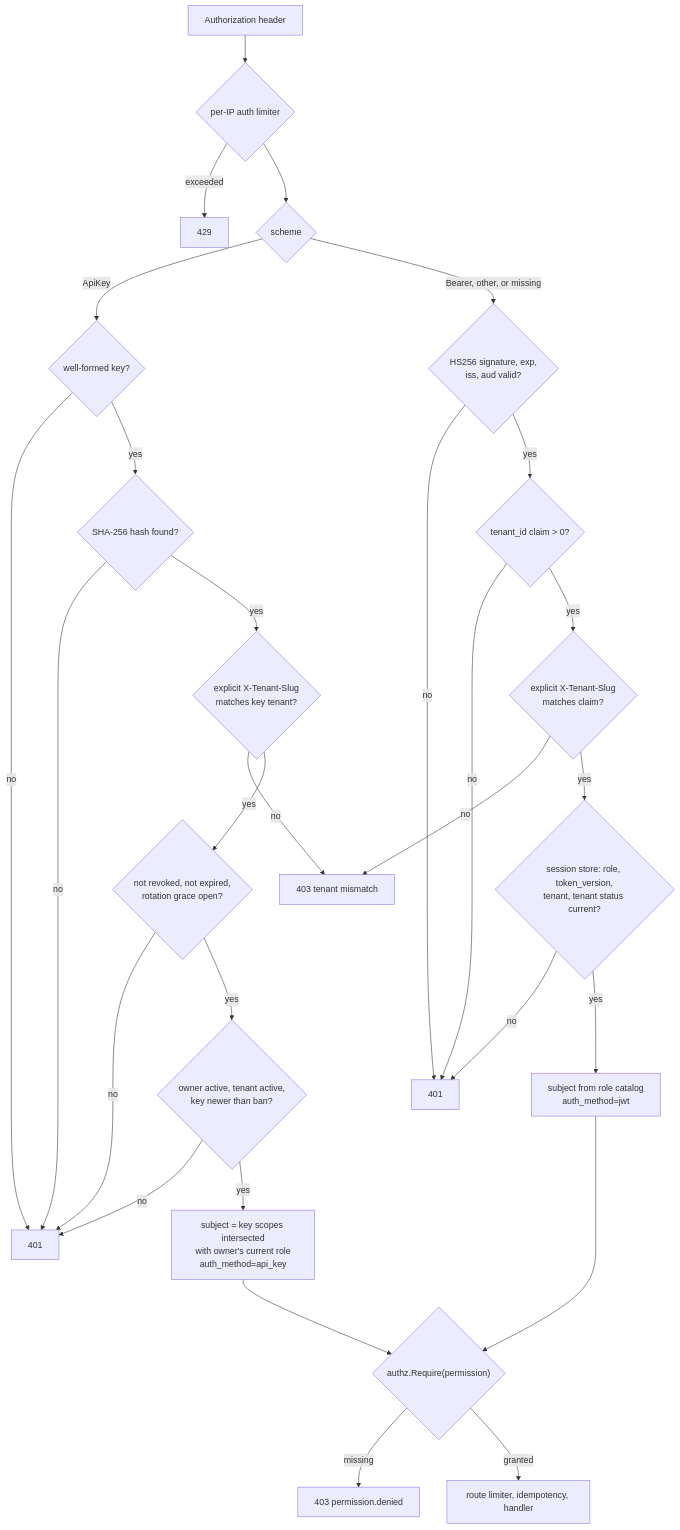
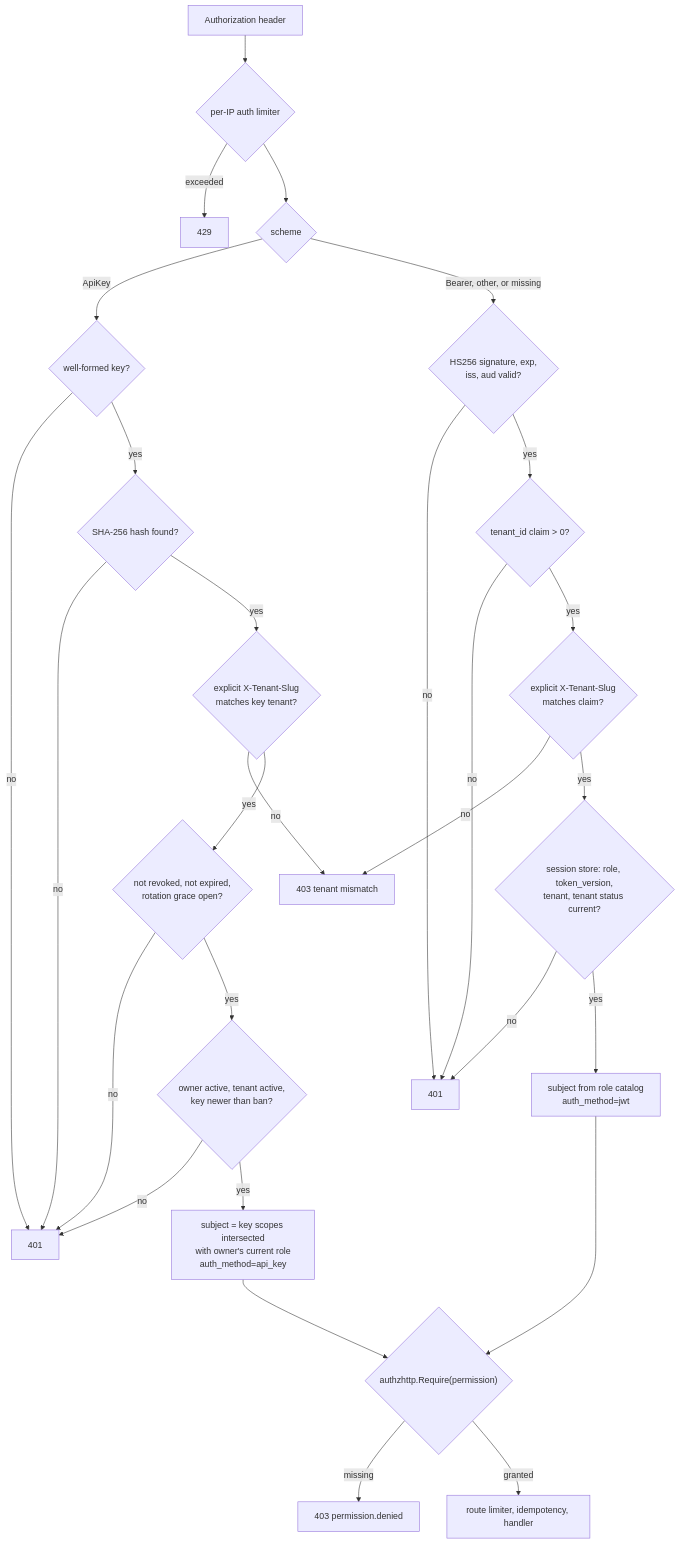
The third of 3 diagrams in docs/api-design.md (chuanghiduoc/fiber-golang-boilerplate), drawn with Mermaid before and after one commit. The commit also changed other lines of this file and 182 other files, not shown here.

````diff
--- a/docs/api-design.md
+++ b/docs/api-design.md
@@ -179,30 +179,30 @@
 ```mermaid
 flowchart TD
     req["Authorization header"] --> lim{"per-IP auth limiter"}
     lim -->|exceeded| r429["429"]
     lim --> scheme{"scheme"}
     scheme -->|ApiKey| fmt{"well-formed key?"}
     scheme -->|"Bearer, other, or missing"| jwt{"HS256 signature, exp,<br/>iss, aud valid?"}
     fmt -->|no| r401a["401"]
     fmt -->|yes| hash{"SHA-256 hash found?"}
     hash -->|no| r401a
     hash -->|yes| khdr{"explicit X-Tenant-Slug<br/>matches key tenant?"}
     khdr -->|no| r403["403 tenant mismatch"]
     khdr -->|yes| kstate{"not revoked, not expired,<br/>rotation grace open?"}
     kstate -->|no| r401a
     kstate -->|yes| owner{"owner active, tenant active,<br/>key newer than ban?"}
     owner -->|no| r401a
     owner -->|yes| ksub["subject = key scopes intersected<br/>with owner's current role<br/>auth_method=api_key"]
     jwt -->|no| r401b["401"]
     jwt -->|yes| claim{"tenant_id claim > 0?"}
     claim -->|no| r401b
     claim -->|yes| jhdr{"explicit X-Tenant-Slug<br/>matches claim?"}
     jhdr -->|no| r403
     jhdr -->|yes| sess{"session store: role, token_version,<br/>tenant, tenant status current?"}
     sess -->|no| r401b
     sess -->|yes| jsub["subject from role catalog<br/>auth_method=jwt"]
-    ksub --> authz{"authz.Require(permission)"}
+    ksub --> authz{"authzhttp.Require(permission)"}
     jsub --> authz
     authz -->|missing| d403["403 permission.denied"]
     authz -->|granted| next["route limiter, idempotency, handler"]
 ```
````
